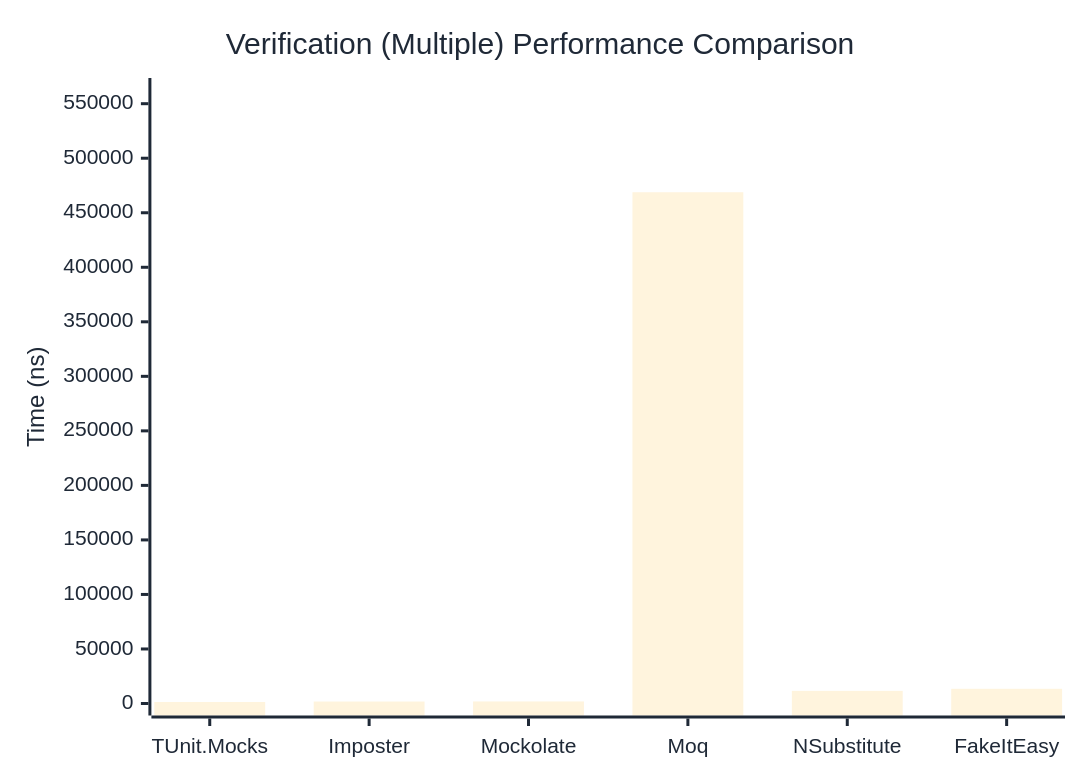
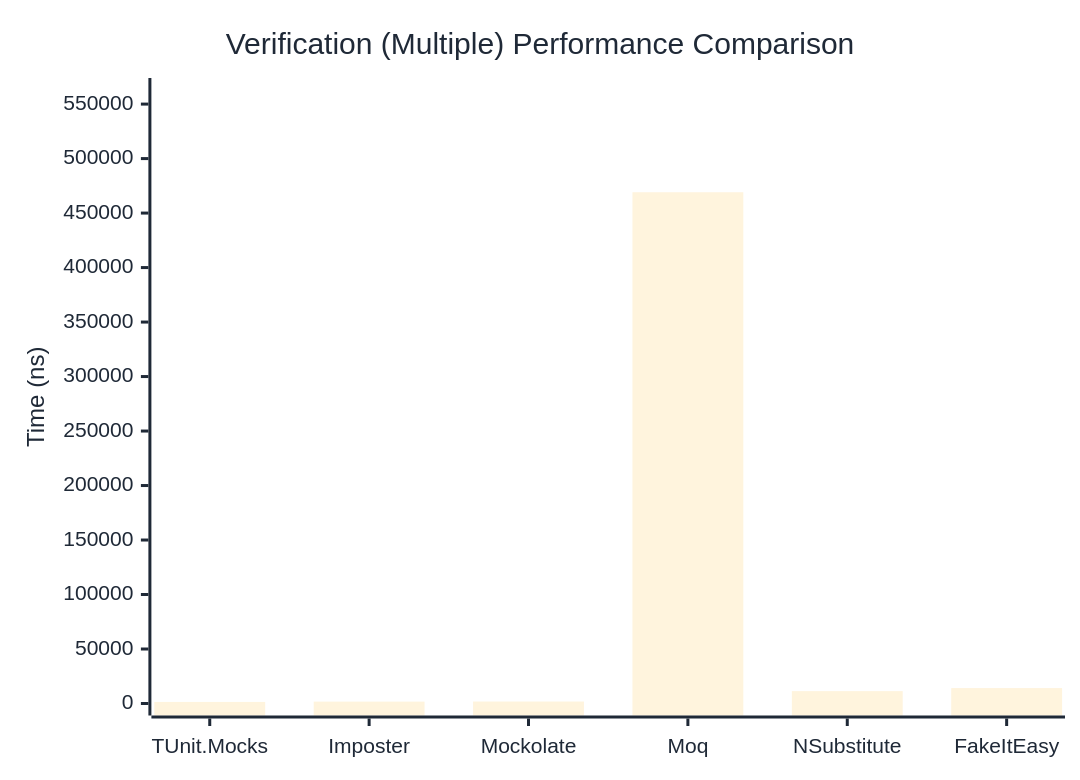
Before and after one commit to thomhurst/TUnit: the third of 3 diagrams in docs/docs/benchmarks/mocks/Verification.md, drawn with Mermaid. The commit also changed other lines of this file and 14 other files, not shown here.

````diff
--- a/docs/docs/benchmarks/mocks/Verification.md
+++ b/docs/docs/benchmarks/mocks/Verification.md
@@ -110,27 +110,27 @@
 ```mermaid
 %%{init: {
   'theme':'base',
   'themeVariables': {
     'primaryColor': '#2563eb',
     'primaryTextColor': '#1f2937',
     'primaryBorderColor': '#1e40af',
     'lineColor': '#6b7280',
     'secondaryColor': '#7c3aed',
     'tertiaryColor': '#dc2626',
     'background': '#ffffff',
     'pie1': '#2563eb',
     'pie2': '#7c3aed',
     'pie3': '#dc2626',
     'pie4': '#f59e0b',
     'pie5': '#10b981',
     'pie6': '#06b6d4',
     'pie7': '#ec4899',
     'pie8': '#6366f1'
   }
 }}%%
 xychart-beta
   title "Verification (Multiple) Performance Comparison"
   x-axis ["TUnit.Mocks", "Imposter", "Mockolate", "Moq", "NSubstitute", "FakeItEasy"]
-  y-axis "Time (ns)" 0 --> 562560
-  bar [1380.27, 1817.52, 1876.89, 468799.88, 11571.76, 13488.64]
+  y-axis "Time (ns)" 0 --> 562931
+  bar [1439.23, 1737.62, 1813.7, 469108.75, 11353.99, 14153.89]
 ```
````
